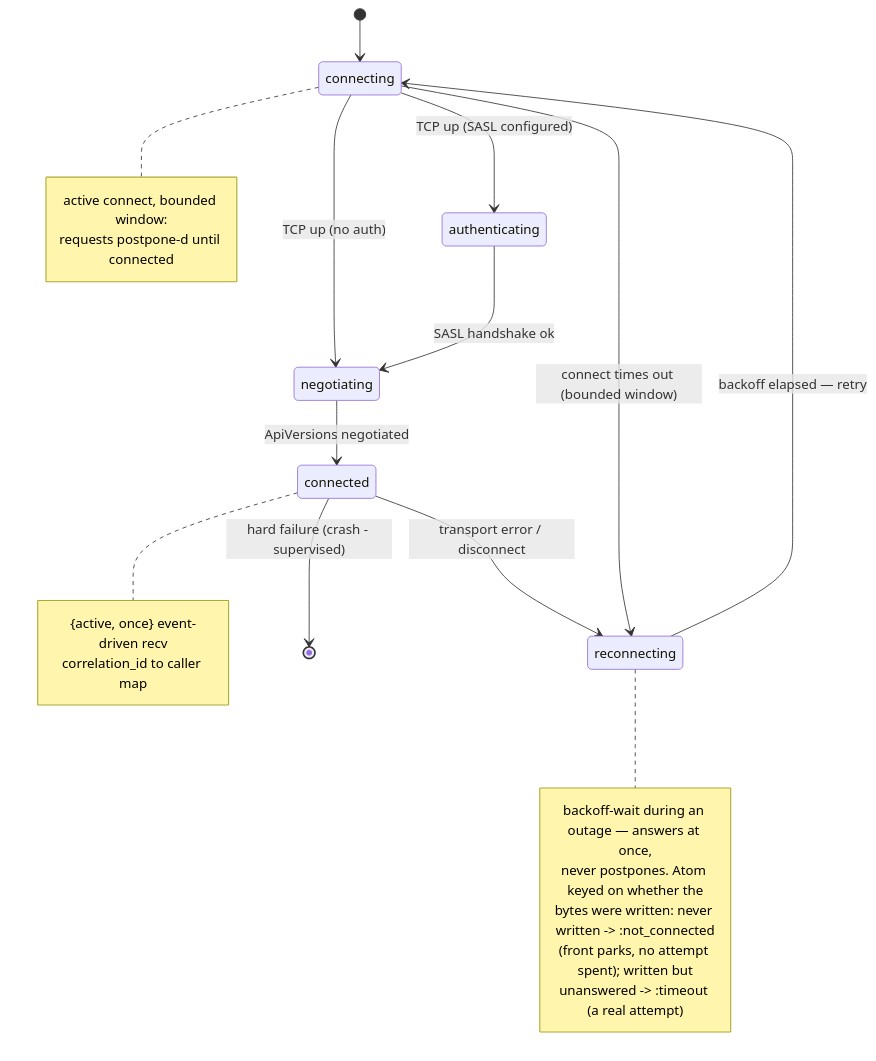
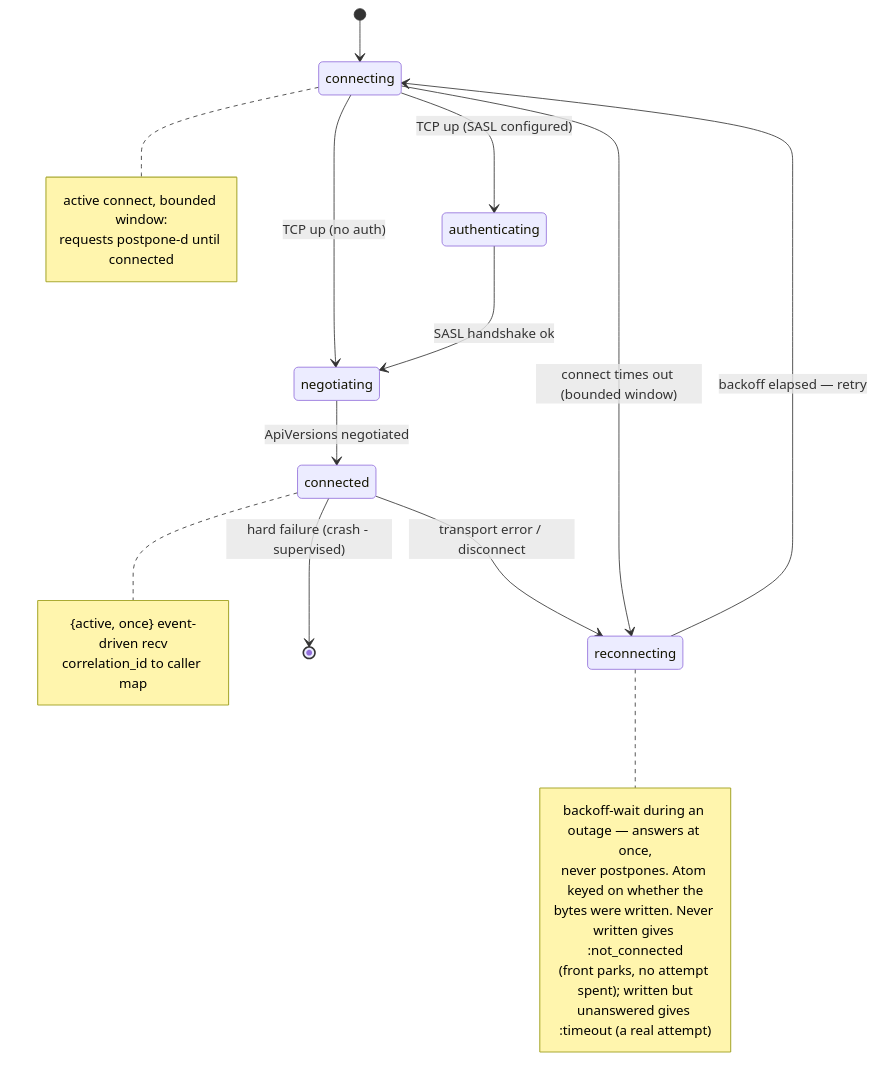
One commit to kafkaex/kafka_ex changed the ninth of 10 diagrams in docs/rfcs/0001-client-process-architecture.md. Above: the diagram before and after it, drawn with Mermaid. The commit also changed other lines of this file, not shown here.

````diff
--- a/docs/rfcs/0001-client-process-architecture.md
+++ b/docs/rfcs/0001-client-process-architecture.md
@@ -639,27 +652,27 @@
 ```mermaid
 stateDiagram-v2
     [*] --> connecting
     connecting --> authenticating: TCP up (SASL configured)
     connecting --> negotiating: TCP up (no auth)
     authenticating --> negotiating: SASL handshake ok
     negotiating --> connected: ApiVersions negotiated
     connected --> reconnecting: transport error / disconnect
     connecting --> reconnecting: connect times out (bounded window)
     reconnecting --> connecting: backoff elapsed — retry
     connected --> [*]: hard failure (crash - supervised)
     note right of connecting
         active connect, bounded window:
         requests postpone-d until connected
     end note
     note right of reconnecting
         backoff-wait during an outage — answers at once,
         never postpones. Atom keyed on whether the
-        bytes were written: never written -> :not_connected
+        bytes were written. Never written gives :not_connected
         (front parks, no attempt spent); written but
-        unanswered -> :timeout (a real attempt)
+        unanswered gives :timeout (a real attempt)
     end note
     note right of connected
         {active, once} event-driven recv
         correlation_id to caller map
     end note
 ```
````
